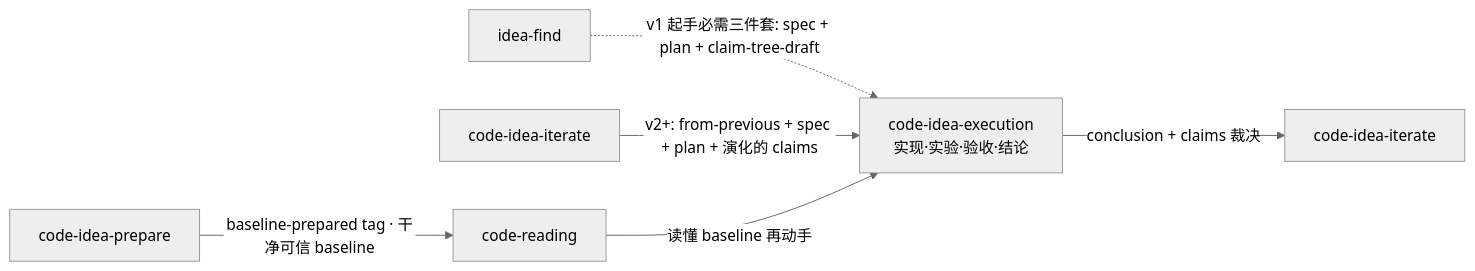
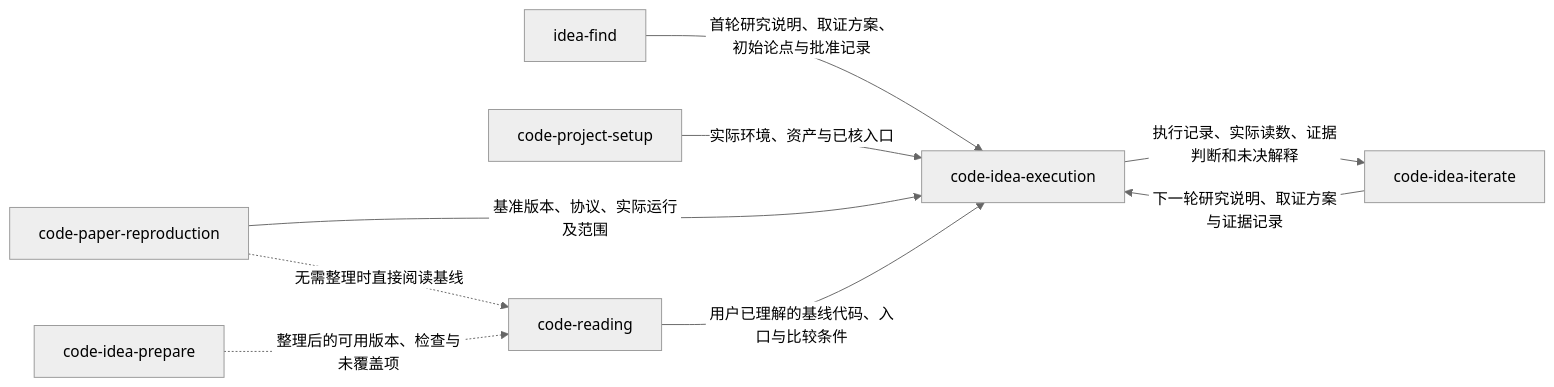
One commit to jackwang0108/dl-assistant changed the first of 2 diagrams in plugins/dl-assistant/skills/code-idea-execution/SKILL.md. Above: the diagram before and after it, drawn with Mermaid (neutral theme). The commit also changed other lines of this file and 16 other files, not shown here.

````diff
--- a/plugins/dl-assistant/skills/code-idea-execution/SKILL.md
+++ b/plugins/dl-assistant/skills/code-idea-execution/SKILL.md
@@ -46,9 +14,11 @@
 ```mermaid
 flowchart LR
-    IF[idea-find] -.->|v1 起手必需三件套: spec + plan + claim-tree-draft| EX
-    IT[code-idea-iterate] -->|v2+: from-previous + spec + plan + 演化的 claims| EX
-    CIP[code-idea-prepare] -->|baseline-prepared tag · 干净可信 baseline| CR[code-reading]
-    CR -->|读懂 baseline 再动手| EX
-    EX["code-idea-execution<br/>实现·实验·验收·结论"]
-    EX -->|conclusion + claims 裁决| IT2[code-idea-iterate]
+    IF["idea-find"] -->|"首轮研究说明、取证方案、初始论点与批准记录"| EX["code-idea-execution"]
+    IT["code-idea-iterate"] -->|"下一轮研究说明、取证方案与证据记录"| EX
+    SETUP["code-project-setup"] -->|"实际环境、资产与已核入口"| EX
+    REPRO["code-paper-reproduction"] -->|"基准版本、协议、实际运行及范围"| EX
+    PREP["code-idea-prepare"] -.->|"整理后的可用版本、检查与未覆盖项"| READ["code-reading"]
+    REPRO -.->|"无需整理时直接阅读基线"| READ
+    READ -->|"用户已理解的基线代码、入口与比较条件"| EX
+    EX -->|"执行记录、实际读数、证据判断和未决解释"| IT
 ```
````
